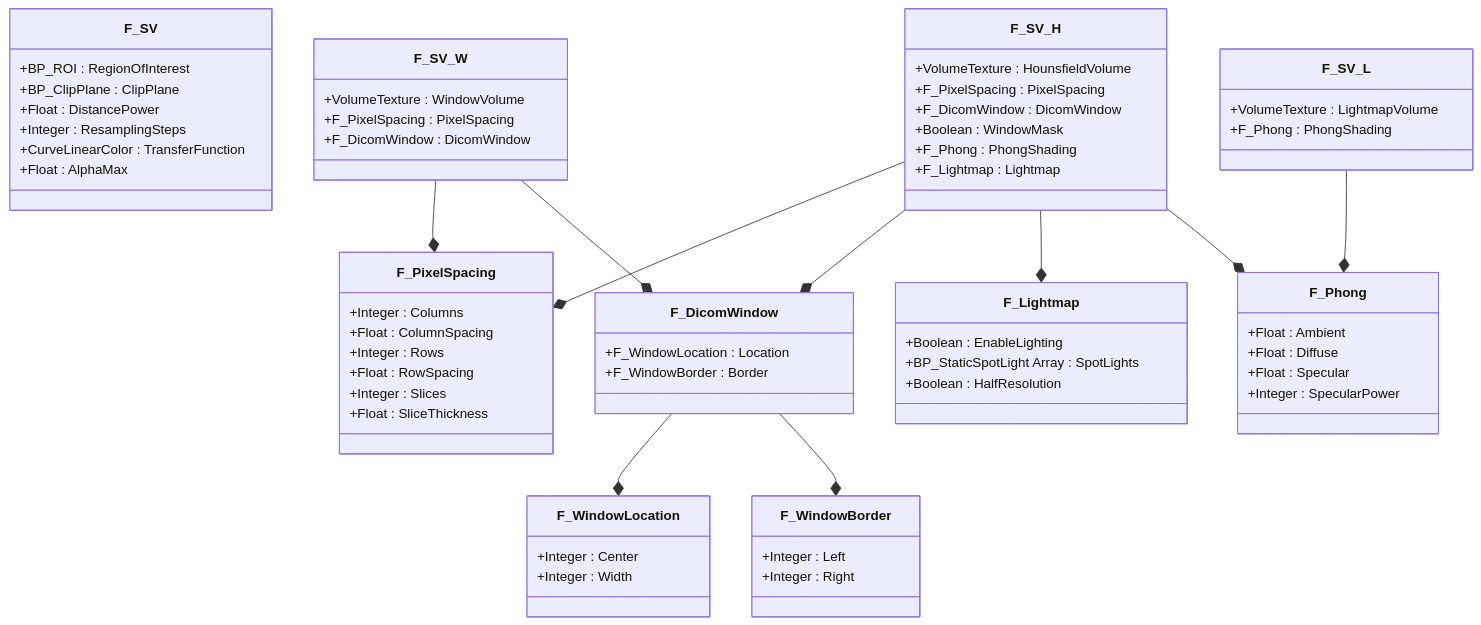
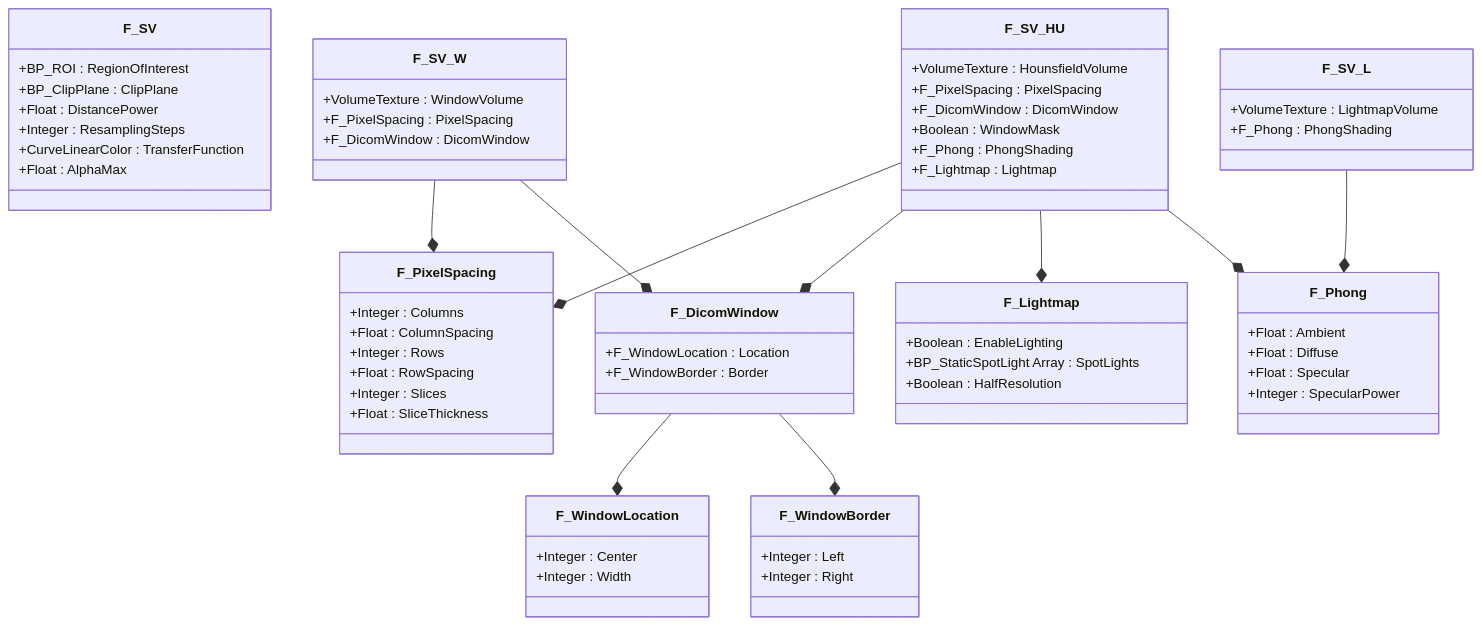
One commit to brugr9/UEPluginVolumeCreator changed the seventh of 7 diagrams in README.md. Above: the diagram before and after it, drawn with Mermaid. The commit also changed other lines of this file, not shown here.

````diff
--- a/README.md
+++ b/README.md
@@ -381,72 +381,72 @@
 ```mermaid
 classDiagram
   class F_SV{
     +BP_ROI : RegionOfInterest
     +BP_ClipPlane : ClipPlane
     +Float : DistancePower
     +Integer : ResamplingSteps
     +CurveLinearColor : TransferFunction
     +Float : AlphaMax
   }
-  class F_SV_H{
+  class F_SV_HU{
     +VolumeTexture : HounsfieldVolume
     +F_PixelSpacing : PixelSpacing
     +F_DicomWindow : DicomWindow
     +Boolean : WindowMask
     +F_Phong : PhongShading
     +F_Lightmap : Lightmap
   }
   class F_SV_W{
     +VolumeTexture : WindowVolume
     +F_PixelSpacing : PixelSpacing
     +F_DicomWindow : DicomWindow
   }
   class F_SV_L{
     +VolumeTexture : LightmapVolume
     +F_Phong : PhongShading
   }
   class F_PixelSpacing{
     +Integer : Columns
     +Float : ColumnSpacing
     +Integer : Rows
     +Float : RowSpacing
     +Integer : Slices
     +Float : SliceThickness
   }
   class F_DicomWindow{
     +F_WindowLocation : Location
     +F_WindowBorder : Border
   }
   class F_WindowLocation{
     +Integer : Center
     +Integer : Width
   }
   class F_WindowBorder{
     +Integer : Left
     +Integer : Right
   }
   class F_Phong{
     +Float : Ambient
     +Float : Diffuse
     +Float : Specular
     +Integer : SpecularPower
   }
   class F_Lightmap{
     +Boolean : EnableLighting
     +BP_StaticSpotLight Array : SpotLights
     +Boolean : HalfResolution
   }
 
-  F_SV_H --* F_PixelSpacing
-  F_SV_H --* F_DicomWindow
-  F_SV_H --* F_Lightmap
-  F_SV_H --* F_Phong
+  F_SV_HU --* F_PixelSpacing
+  F_SV_HU --* F_DicomWindow
+  F_SV_HU --* F_Lightmap
+  F_SV_HU --* F_Phong
 
   F_SV_W --* F_PixelSpacing
   F_SV_W --* F_DicomWindow
 
   F_SV_L --* F_Phong
 
   F_DicomWindow --* F_WindowLocation
   F_DicomWindow --* F_WindowBorder
 ```
````
